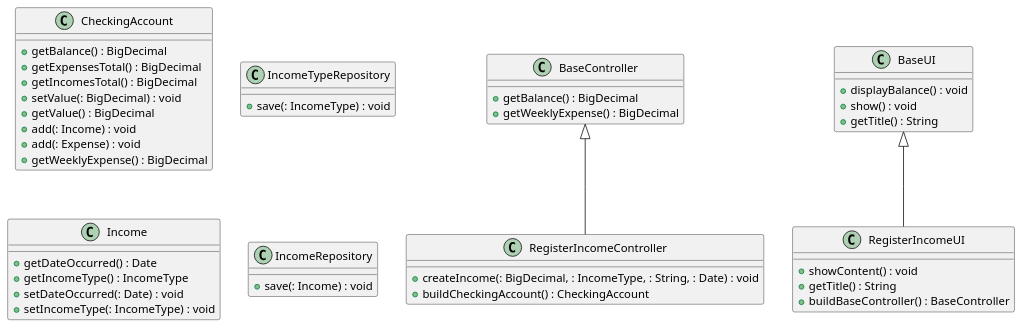
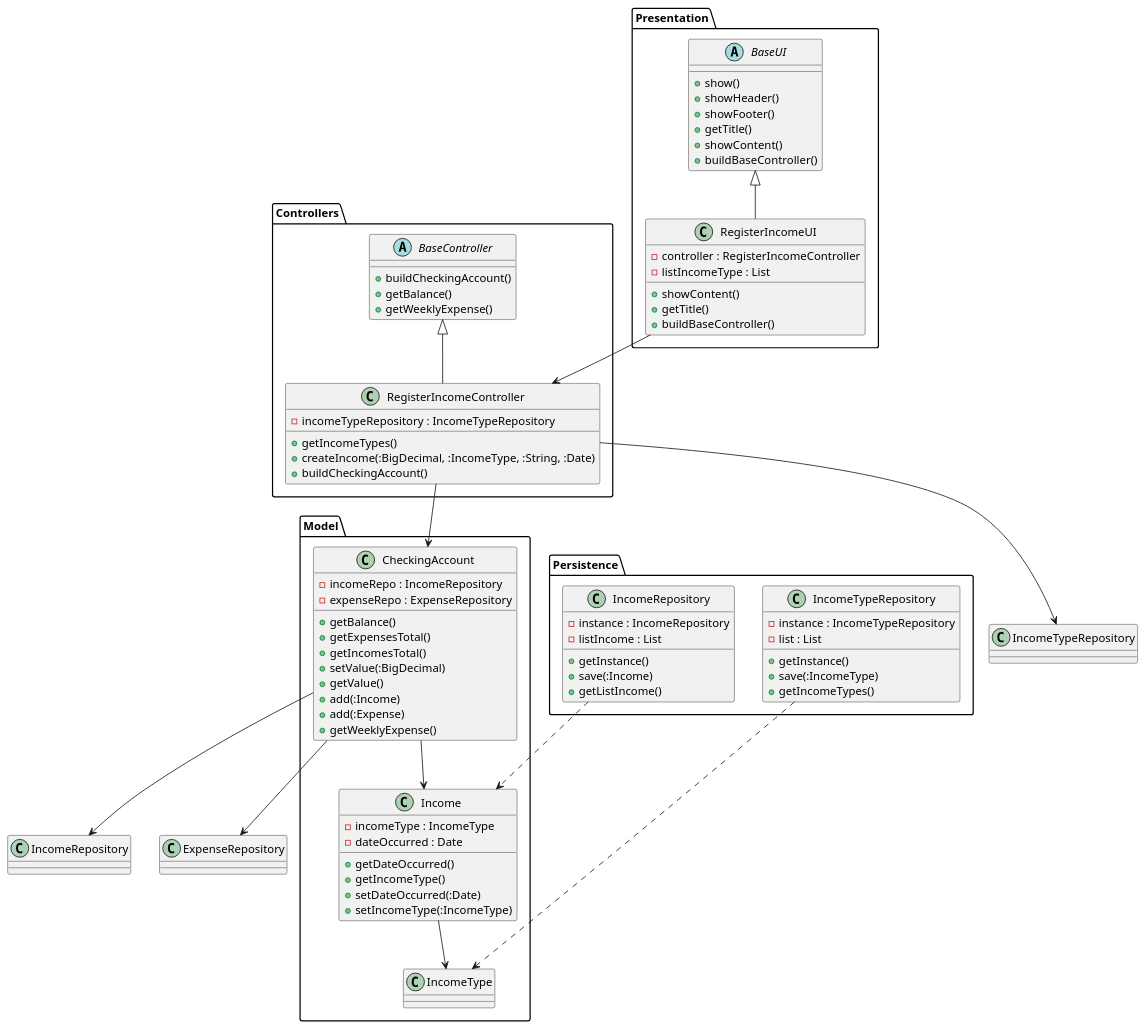
Before and after one commit to sh4r10/thesis-autogen-classdiagrams: the diagram in artefacts/controlled-experiment/project-3/t5-haf.puml, drawn with PlantUML. The commit also changed other lines of this file and 171 other files, not shown here.

```diff
--- a/artefacts/controlled-experiment/project-3/t5-haf.puml
+++ b/artefacts/controlled-experiment/project-3/t5-haf.puml
@@ -1,42 +1,96 @@
 @startuml
-class BaseController {
-    + getBalance() : BigDecimal
-    + getWeeklyExpense() : BigDecimal
+
+package Controllers {
+    abstract class BaseController {
+        + buildCheckingAccount() 
+        + getBalance() 
+        + getWeeklyExpense() 
+    }
+
+    class RegisterIncomeController {
+        - incomeTypeRepository : IncomeTypeRepository
+        + getIncomeTypes() 
+        + createIncome(:BigDecimal, :IncomeType, :String, :Date) 
+        + buildCheckingAccount() 
+    }
+
+    BaseController <|-- RegisterIncomeController
 }
-class CheckingAccount {
-    + getBalance() : BigDecimal
-    + getExpensesTotal() : BigDecimal
-    + getIncomesTotal() : BigDecimal
-    + setValue(: BigDecimal) : void
-    + getValue() : BigDecimal
-    + add(: Income) : void
-    + add(: Expense) : void
-    + getWeeklyExpense() : BigDecimal
+
+package Presentation {
+    abstract class BaseUI {
+        + show() 
+        + showHeader() 
+        + showFooter() 
+        + getTitle() 
+        + showContent() 
+        + buildBaseController() 
+    }
+
+    class RegisterIncomeUI {
+        - controller : RegisterIncomeController
+        - listIncomeType : List
+        + showContent() 
+        + getTitle() 
+        + buildBaseController() 
+    }
+
+    BaseUI <|-- RegisterIncomeUI
 }
-class IncomeTypeRepository {
-    + save(: IncomeType) : void
+
+package Model {
+    class CheckingAccount {
+        - incomeRepo : IncomeRepository
+        - expenseRepo : ExpenseRepository
+        + getBalance() 
+        + getExpensesTotal() 
+        + getIncomesTotal() 
+        + setValue(:BigDecimal) 
+        + getValue() 
+        + add(:Income) 
+        + add(:Expense) 
+        + getWeeklyExpense() 
+    }
+
+    class Income {
+        - incomeType : IncomeType
+        - dateOccurred : Date
+        + getDateOccurred() 
+        + getIncomeType() 
+        + setDateOccurred(:Date) 
+        + setIncomeType(:IncomeType) 
+    }
+
+    class IncomeType
 }
-class BaseUI {
-    + displayBalance() : void
-    + show() : void
-    + getTitle() : String
+
+CheckingAccount --> IncomeRepository
+CheckingAccount --> ExpenseRepository
+CheckingAccount --> Income
+Income --> IncomeType
+RegisterIncomeController --> CheckingAccount
+RegisterIncomeController --> IncomeTypeRepository
+RegisterIncomeUI --> RegisterIncomeController
+
+package Persistence {
+    class IncomeRepository {
+        - instance : IncomeRepository
+        - listIncome : List
+        + getInstance() 
+        + save(:Income) 
+        + getListIncome() 
+    }
+
+    class IncomeTypeRepository {
+        - instance : IncomeTypeRepository
+        - list : List
+        + getInstance() 
+        + save(:IncomeType) 
+        + getIncomeTypes() 
+    }
+
+    IncomeRepository ..> Income
+    IncomeTypeRepository ..> IncomeType
 }
-class Income {
-    + getDateOccurred() : Date
-    + getIncomeType() : IncomeType
-    + setDateOccurred(: Date) : void
-    + setIncomeType(: IncomeType) : void
-}
-class RegisterIncomeController extends BaseController {
-    + createIncome(: BigDecimal, : IncomeType, : String, : Date) : void
-    + buildCheckingAccount() : CheckingAccount
-}
-class IncomeRepository {
-    + save(: Income) : void
-}
-class RegisterIncomeUI extends BaseUI {
-    + showContent() : void
-    + getTitle() : String
-    + buildBaseController() : BaseController
-}
+
 @enduml
```
